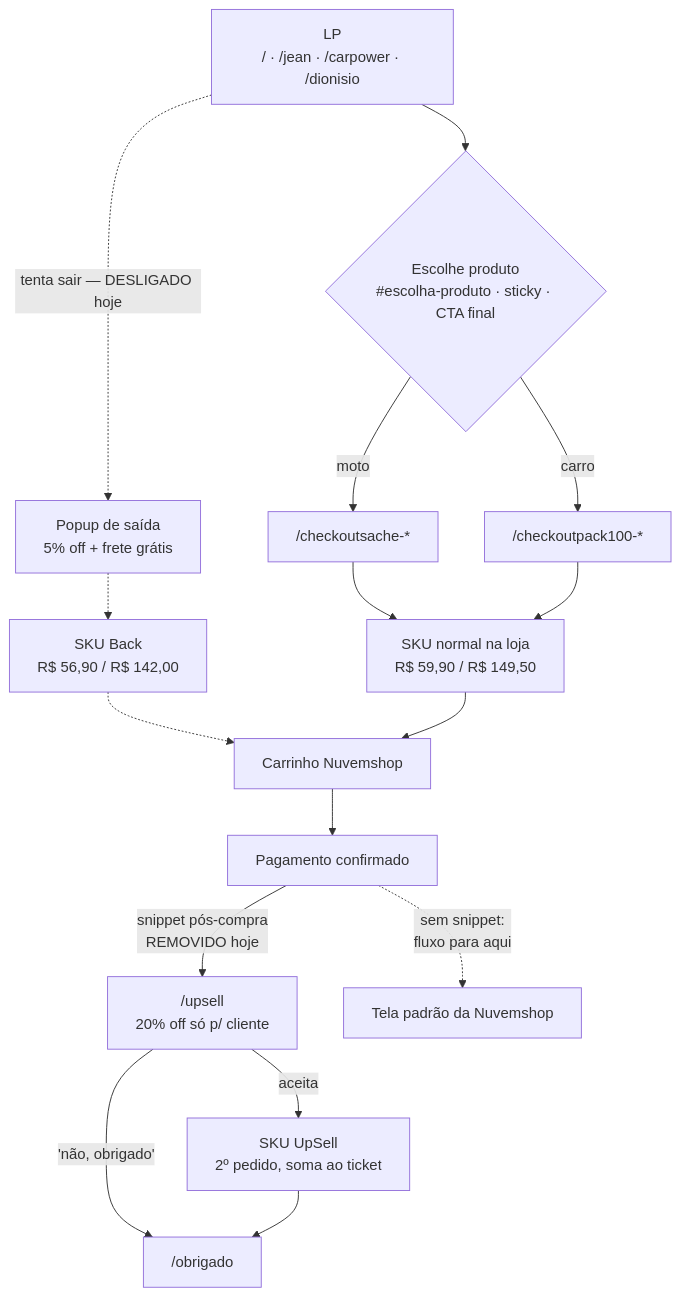
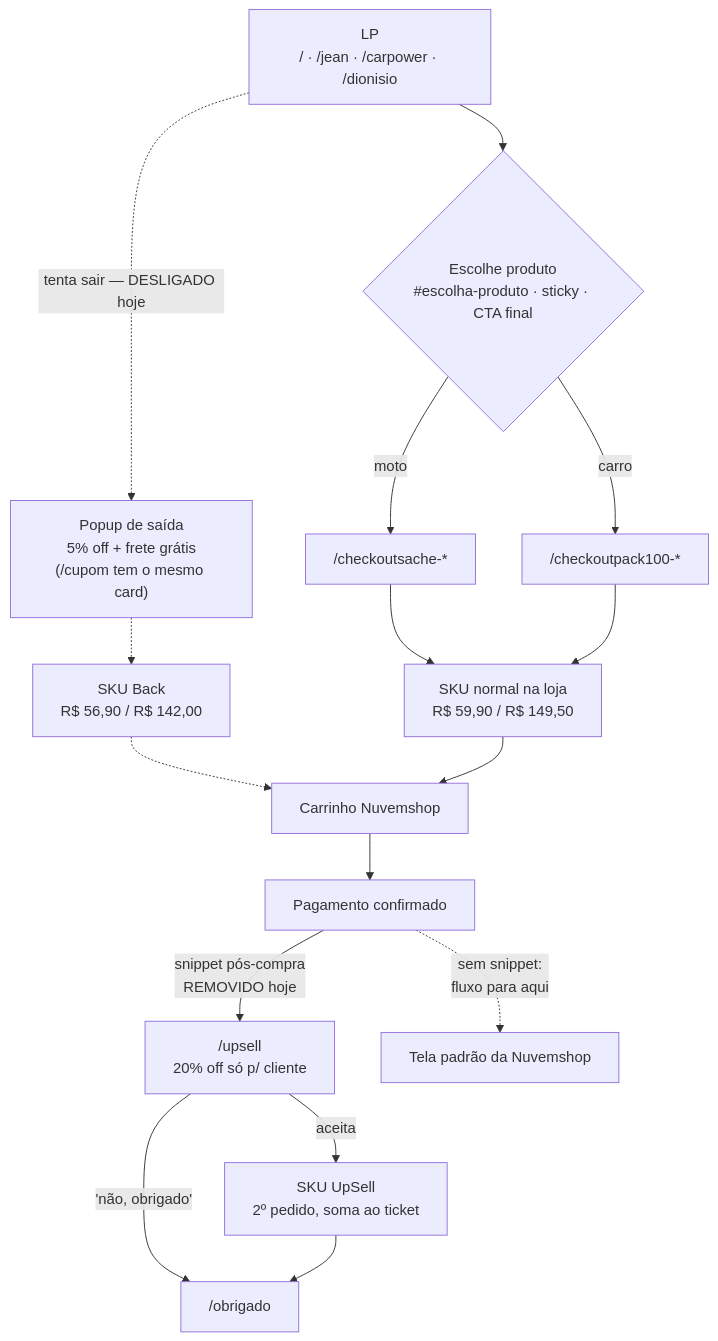
One commit to ticarbovapt/carboze-lp-001 changed the diagram in docs/fluxo-checkout.md. Above: the diagram before and after it, drawn with Mermaid. The commit also changed other lines of this file and 4 other files, not shown here.

````diff
--- a/docs/fluxo-checkout.md
+++ b/docs/fluxo-checkout.md
@@ -25,23 +28,23 @@
 ```mermaid
 flowchart TD
   LP["LP<br/>/ · /jean · /carpower · /dionisio"]
   LP --> ESC{"Escolhe produto<br/>#escolha-produto · sticky · CTA final"}
   ESC -->|moto| CS["/checkoutsache-*"]
   ESC -->|carro| CP["/checkoutpack100-*"]
 
-  LP -.->|"tenta sair — DESLIGADO hoje"| POP["Popup de saída<br/>5% off + frete grátis"]
+  LP -.->|"tenta sair — DESLIGADO hoje"| POP["Popup de saída<br/>5% off + frete grátis<br/>(/cupom tem o mesmo card)"]
   POP -.-> SKUB["SKU Back<br/>R$ 56,90 / R$ 142,00"]
 
   CS --> SKUN["SKU normal na loja<br/>R$ 59,90 / R$ 149,50"]
   CP --> SKUN
   SKUB -.-> CART["Carrinho Nuvemshop"]
   SKUN --> CART
   CART --> PAG["Pagamento confirmado"]
 
   PAG -->|"snippet pós-compra<br/>REMOVIDO hoje"| UPS["/upsell<br/>20% off só p/ cliente"]
   PAG -.->|"sem snippet:<br/>fluxo para aqui"| NUV["Tela padrão da Nuvemshop"]
 
   UPS -->|aceita| SKUU["SKU UpSell<br/>2º pedido, soma ao ticket"]
   UPS -->|"'não, obrigado'"| OBG["/obrigado"]
   SKUU --> OBG
 ```
````
